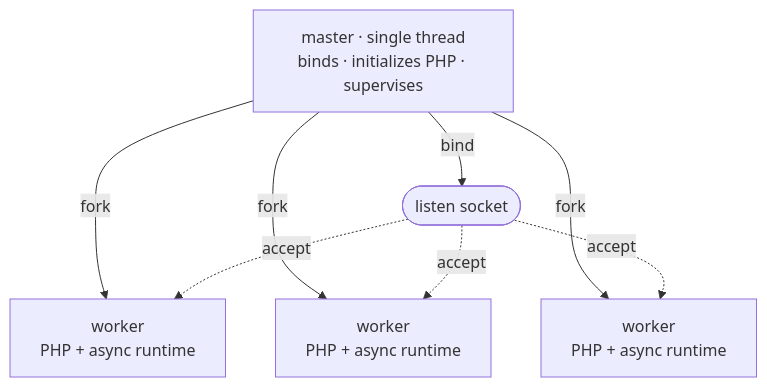
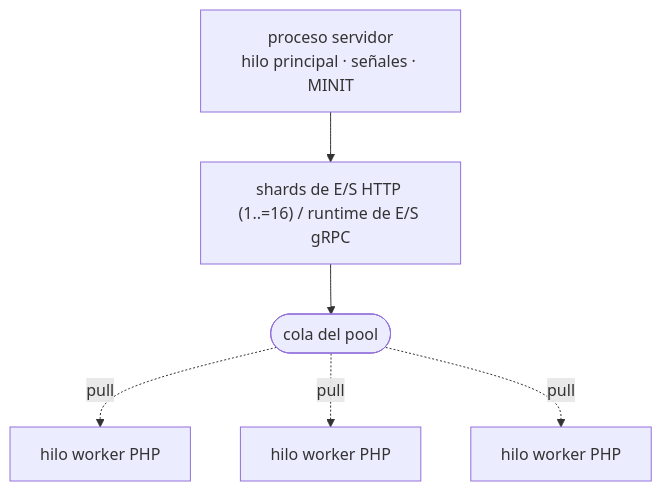
Before and after one commit to rapira-rs/rapira-rs.github.io: the diagram in es/docs/process-model.md, drawn with Mermaid. The commit also changed other lines of this file and 120 other files, not shown here.

````diff
--- a/es/docs/process-model.md
+++ b/es/docs/process-model.md
@@ -24,15 +25,14 @@
 ```mermaid
 flowchart TB
-  M["master · single thread<br/>binds · initializes PHP · supervises"]
-  S(["listen socket"])
-  W1["worker<br/>PHP + async runtime"]
-  W2["worker<br/>PHP + async runtime"]
-  W3["worker<br/>PHP + async runtime"]
-  M -- bind --> S
-  M -- fork --> W1
-  M -- fork --> W2
-  M -- fork --> W3
-  S -. accept .-> W1
-  S -. accept .-> W2
-  S -. accept .-> W3
+  S["proceso servidor<br/>hilo principal · señales · MINIT"]
+  IO["shards de E/S HTTP (1..=16) / runtime de E/S gRPC"]
+  Q(["cola del pool"])
+  W1["hilo worker PHP"]
+  W2["hilo worker PHP"]
+  W3["hilo worker PHP"]
+  S --> IO
+  IO --> Q
+  Q -. pull .-> W1
+  Q -. pull .-> W2
+  Q -. pull .-> W3
 ```
````
